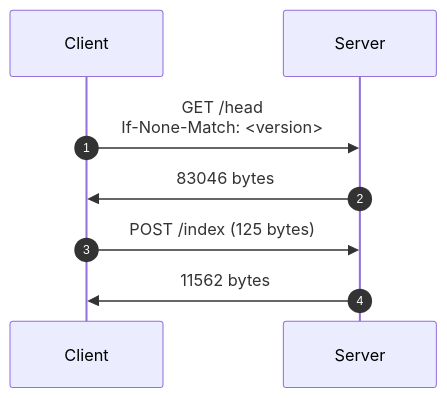
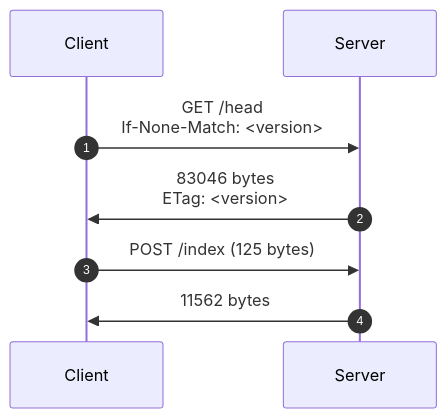
The third of 4 diagrams in PROPOSAL.md (bitmeta69/securedrop), drawn with Mermaid before and after one commit. The commit also changed other lines of this file and 1 other file, not shown here.

````diff
--- a/PROPOSAL.md
+++ b/PROPOSAL.md
@@ -108,13 +114,13 @@
 ```mermaid
 sequenceDiagram
 autonumber
 
 participant Client
 participant Server
 
 Client ->> Server: GET /head<br>If-None-Match: <version>
-Server ->> Client: 83046 bytes
+Server ->> Client: 83046 bytes<br>ETag: <version>
 
 Client ->> Server: POST /index (125 bytes)
 Server ->> Client: 11562 bytes
 ```
````
